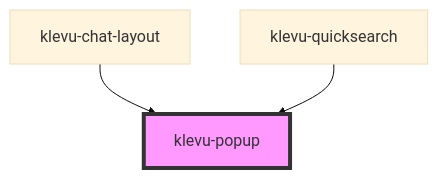
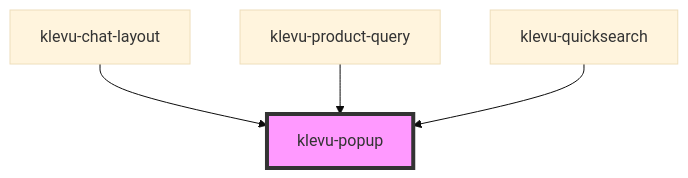
The diagram in packages/klevu-ui/src/components/klevu-popup/readme.md (klevultd/frontend-sdk), drawn with Mermaid (base theme) before and after one commit. The commit also changed other lines of this file and 11 other files, not shown here.

````diff
--- a/packages/klevu-ui/src/components/klevu-popup/readme.md
+++ b/packages/klevu-ui/src/components/klevu-popup/readme.md
@@ -68,6 +72,7 @@
 ```mermaid
 graph TD;
   klevu-chat-layout --> klevu-popup
+  klevu-product-query --> klevu-popup
   klevu-quicksearch --> klevu-popup
   style klevu-popup fill:#f9f,stroke:#333,stroke-width:4px
 ```
````
